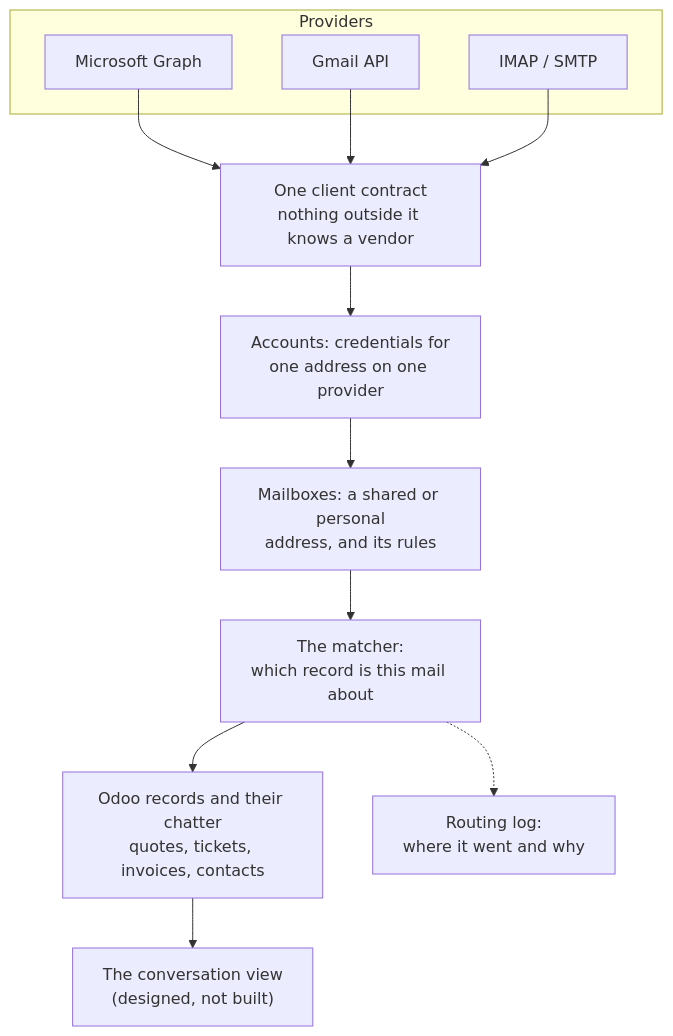
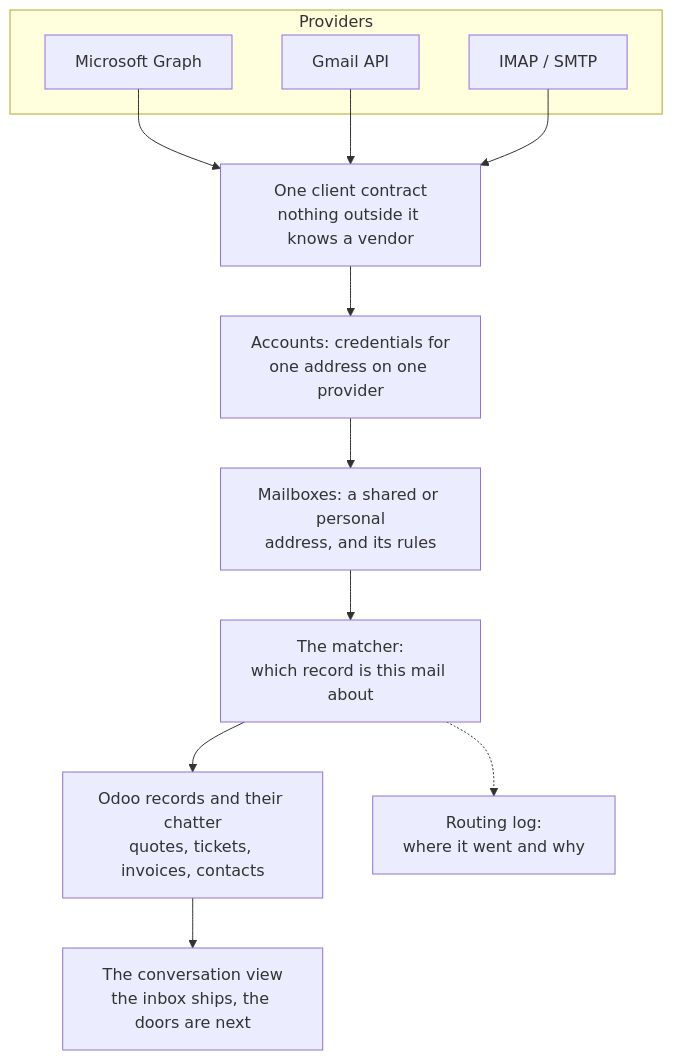
Before and after one commit to pantalytics/pan_mail_pro: the fourth of 4 diagrams in docs/product-brief.md, drawn with Mermaid. The commit also changed other lines of this file, not shown here.

First line of the commit message:
Say the screen ships in the brief too

````diff
--- a/docs/product-brief.md
+++ b/docs/product-brief.md
@@ -129,15 +130,15 @@
 ```mermaid
 flowchart TD
     subgraph Providers
         G["Microsoft Graph"]
         M["Gmail API"]
         I["IMAP / SMTP"]
     end
     G & M & I --> CL["One client contract<br/>nothing outside it knows a vendor"]
     CL --> AC["Accounts: credentials for<br/>one address on one provider"]
     AC --> MB["Mailboxes: a shared or personal<br/>address, and its rules"]
     MB --> MT["The matcher:<br/>which record is this mail about"]
     MT --> OD["Odoo records and their chatter<br/>quotes, tickets, invoices, contacts"]
-    OD --> CV["The conversation view<br/>(designed, not built)"]
+    OD --> CV["The conversation view<br/>the inbox ships, the doors are next"]
     MT -.-> RL["Routing log:<br/>where it went and why"]
 ```
````
